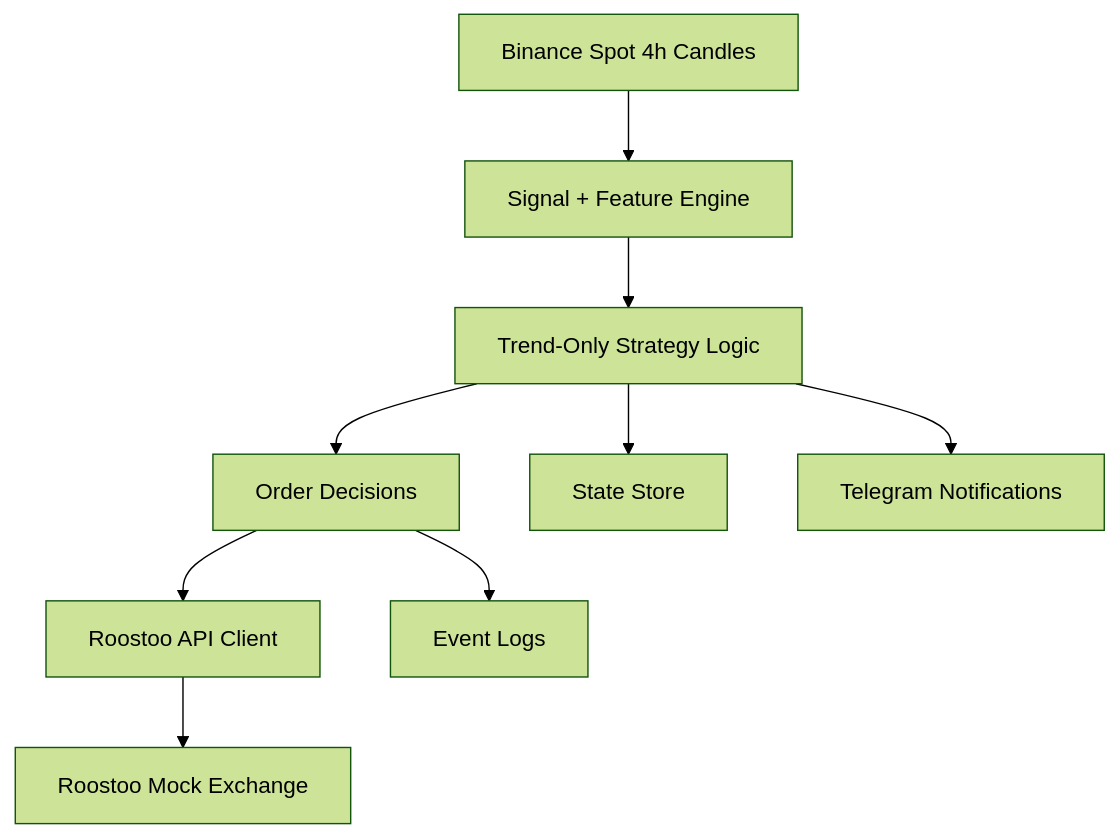
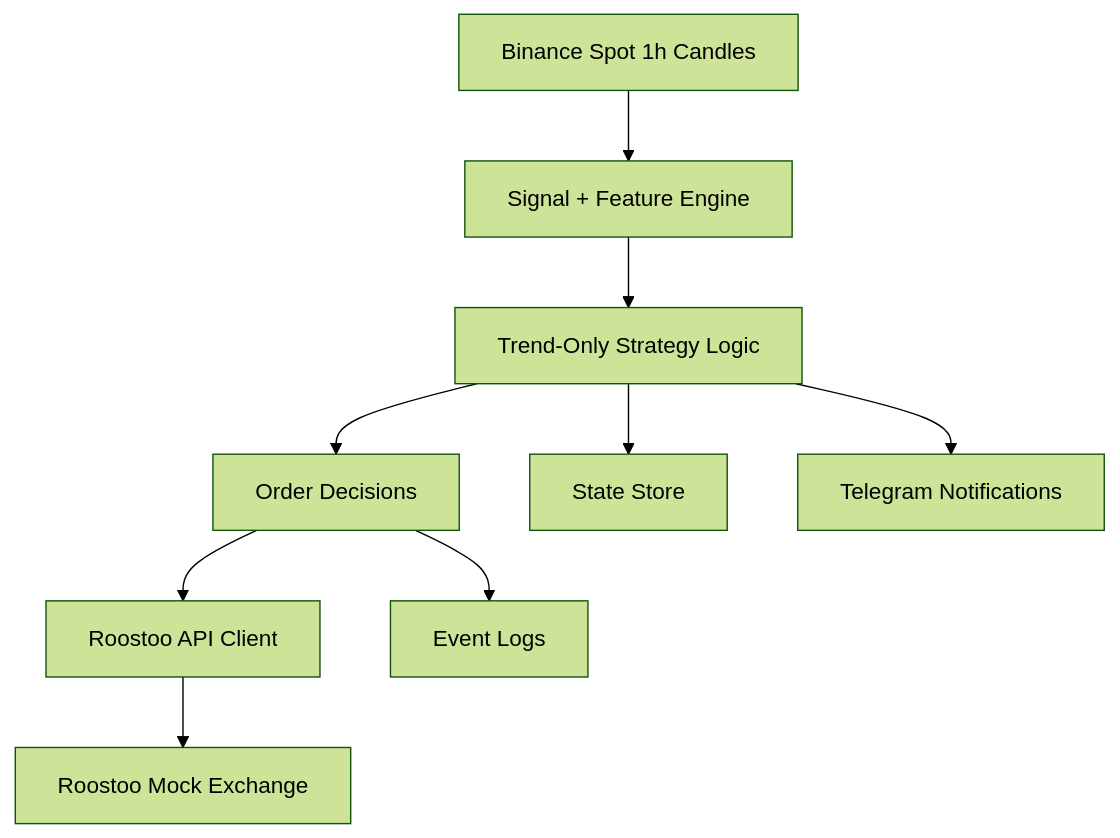
The diagram in README.md (caldoos/Roostoo-trading-competition), drawn with Mermaid (forest theme) before and after one commit. The commit also changed other lines of this file and 3 other files, not shown here.

````diff
--- a/README.md
+++ b/README.md
@@ -30,11 +30,11 @@
 ```mermaid
 flowchart TD
-    A[Binance Spot 4h Candles] --> B[Signal + Feature Engine]
+    A[Binance Spot 1h Candles] --> B[Signal + Feature Engine]
     B --> C[Trend-Only Strategy Logic]
     C --> D[Order Decisions]
     D --> E[Roostoo API Client]
     E --> F[Roostoo Mock Exchange]
     C --> G[State Store]
     D --> H[Event Logs]
     C --> I[Telegram Notifications]
 ```
````
